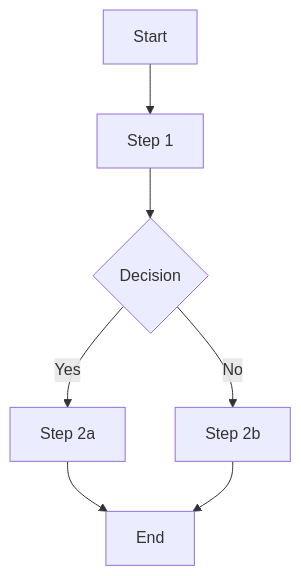
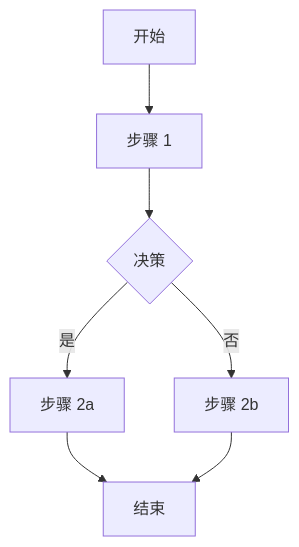
The diagram in templates/prd/prd-template.md (kingoliang/polyglot-engineering-claude-plugin), drawn with Mermaid before and after one commit. The commit also changed other lines of this file and 31 other files, not shown here.

````diff
--- a/templates/prd/prd-template.md
+++ b/templates/prd/prd-template.md
@@ -104,9 +104,9 @@
 ```mermaid
 flowchart TD
-    A[Start] --> B[Step 1]
-    B --> C{Decision}
-    C -->|Yes| D[Step 2a]
-    C -->|No| E[Step 2b]
-    D --> F[End]
+    A[开始] --> B[步骤 1]
+    B --> C{决策}
+    C -->|是| D[步骤 2a]
+    C -->|否| E[步骤 2b]
+    D --> F[结束]
     E --> F
 ```
````
